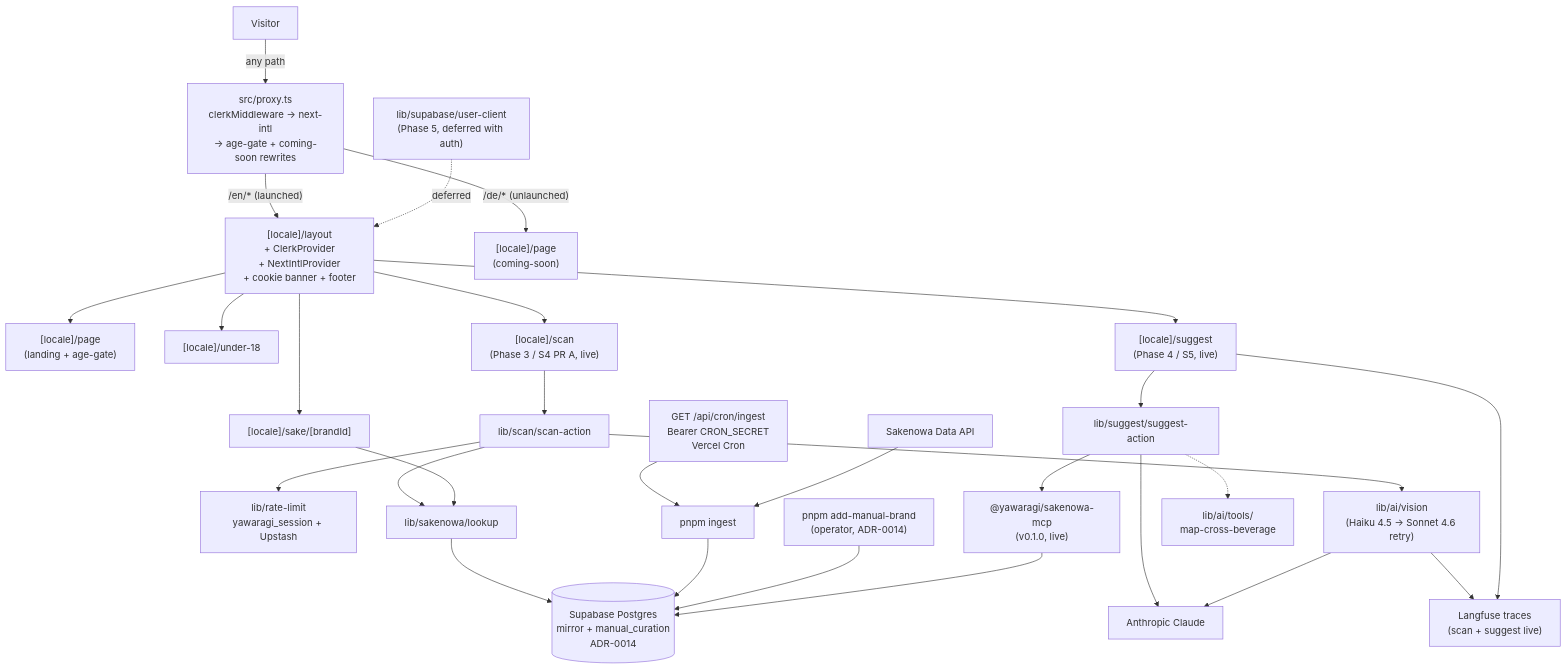
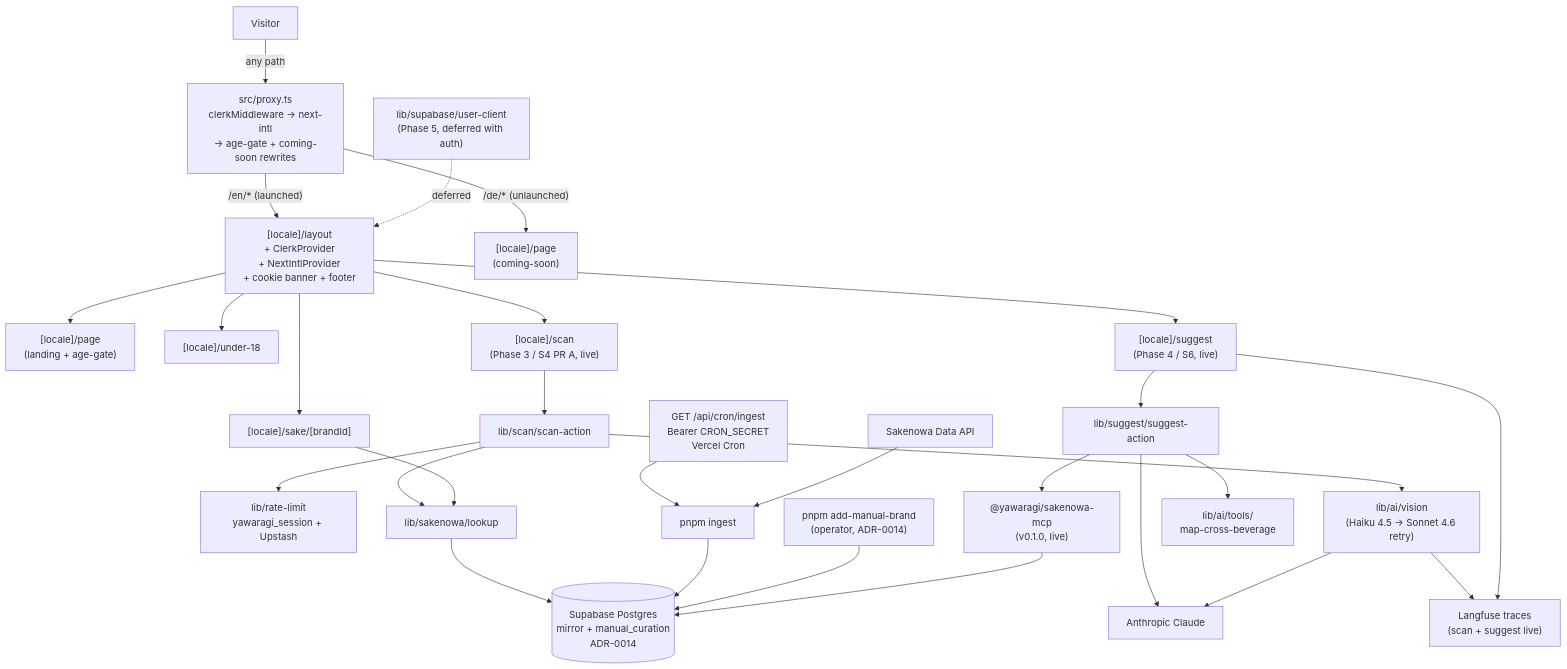
The diagram in README.md (yawaragi-dev/yawaragi), drawn with Mermaid before and after one commit. The commit also changed 10 other files, not shown here.

First line of the commit message:
feat(s6): freeform-text suggest surface + inline heuristic disclaimer (Phase 4 / S6, #144)

````diff
--- a/README.md
+++ b/README.md
@@ -37,30 +37,30 @@
 ```mermaid
 flowchart TD
   V[Visitor] -->|"any path"| P["src/proxy.ts<br/>clerkMiddleware → next-intl<br/>→ age-gate + coming-soon rewrites"]
   P -->|"/en/* (launched)"| LL["[locale]/layout<br/>+ ClerkProvider<br/>+ NextIntlProvider<br/>+ cookie banner + footer"]
   P -->|"/de/* (unlaunched)"| CS["[locale]/page<br/>(coming-soon)"]
   LL --> Landing["[locale]/page<br/>(landing + age-gate)"]
   LL --> Under18["[locale]/under-18"]
   LL --> Sake["[locale]/sake/[brandId]"]
   LL --> Scan["[locale]/scan<br/>(Phase 3 / S4 PR A, live)"]
   Scan --> ScanAction["lib/scan/scan-action"]
   ScanAction --> RateLimit["lib/rate-limit<br/>yawaragi_session + Upstash"]
   ScanAction --> Vision["lib/ai/vision<br/>(Haiku 4.5 → Sonnet 4.6 retry)"]
   ScanAction --> Lookup
   Sake --> Lookup["lib/sakenowa/lookup"]
   Lookup --> DB[("Supabase Postgres<br/>mirror + manual_curation<br/>ADR-0014")]
   Ingest["pnpm ingest"] --> DB
   Manual["pnpm add-manual-brand<br/>(operator, ADR-0014)"] --> DB
   CronRoute["GET /api/cron/ingest<br/>Bearer CRON_SECRET<br/>Vercel Cron"] --> Ingest
   Sakenowa["Sakenowa Data API"] --> Ingest
-  LL --> Suggest["[locale]/suggest<br/>(Phase 4 / S5, live)"]
+  LL --> Suggest["[locale]/suggest<br/>(Phase 4 / S6, live)"]
   Suggest --> SuggestAction["lib/suggest/suggest-action"]
   SuggestAction --> MCP["@yawaragi/sakenowa-mcp<br/>(v0.1.0, live)"]
-  SuggestAction -.-> CrossBev["lib/ai/tools/<br/>map-cross-beverage"]
+  SuggestAction --> CrossBev["lib/ai/tools/<br/>map-cross-beverage"]
   SuggestAction --> Anthropic
   Vision --> Anthropic["Anthropic Claude"]
   MCP --> DB
   Vision --> Trace["Langfuse traces<br/>(scan + suggest live)"]
   Suggest --> Trace
   UC["lib/supabase/user-client<br/>(Phase 5, deferred with auth)"] -.->|"deferred"| LL
 ```
````
